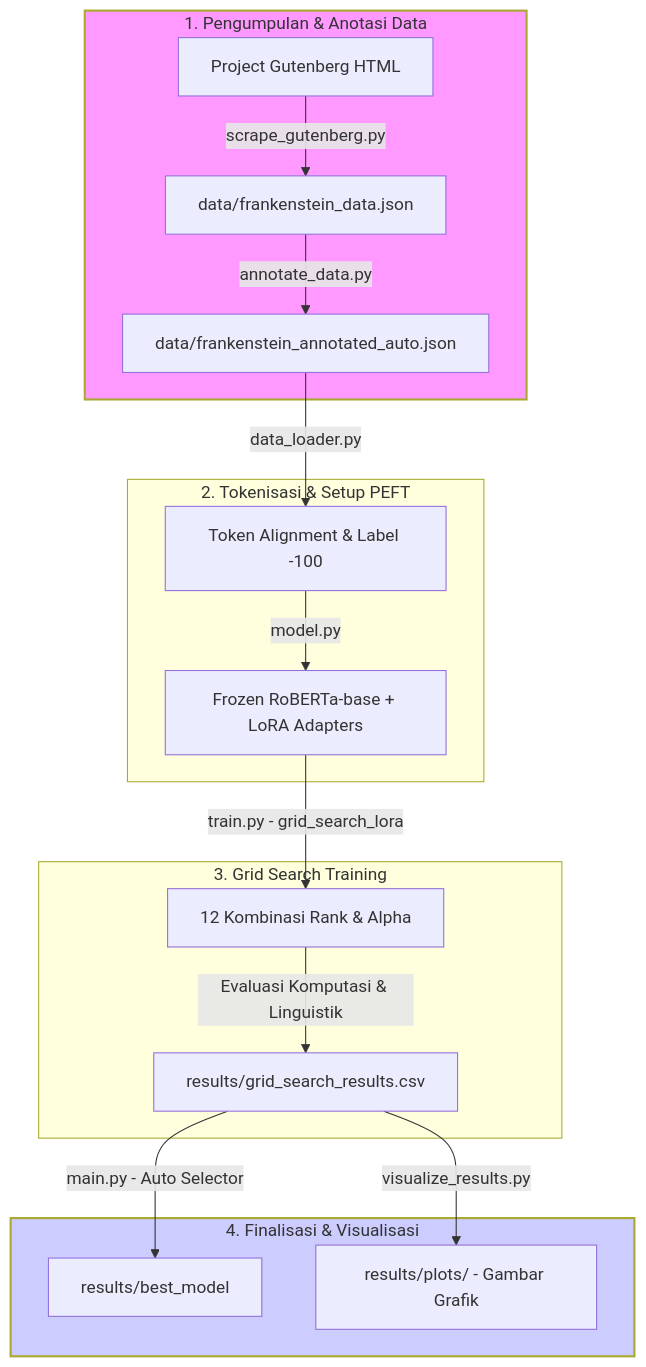
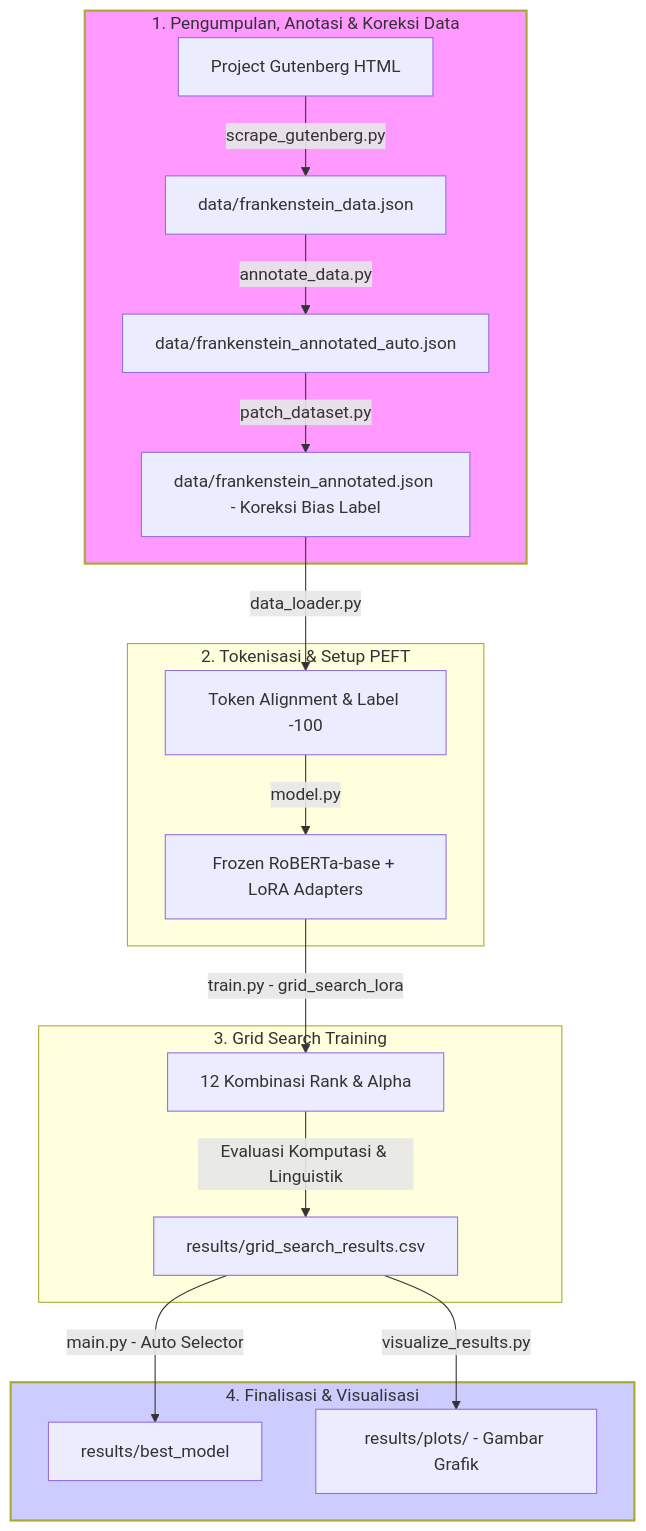
The diagram in README.md (difadlyaulhaq/lora-roberta-frankenstein-ner), drawn with Mermaid before and after one commit. The commit also changed other lines of this file and 55 other files, not shown here.

````diff
--- a/README.md
+++ b/README.md
@@ -45,29 +45,30 @@
 ```mermaid
 graph TD
     %% Tahap 1
-    subgraph Tahap_1 [1. Pengumpulan & Anotasi Data]
+    subgraph Tahap_1 [1. Pengumpulan, Anotasi & Koreksi Data]
         A[Project Gutenberg HTML] -->|scrape_gutenberg.py| B[data/frankenstein_data.json]
         B -->|annotate_data.py| C[data/frankenstein_annotated_auto.json]
+        C -->|patch_dataset.py| K[data/frankenstein_annotated.json - Koreksi Bias Label]
     end
 
     %% Tahap 2
     subgraph Tahap_2 [2. Tokenisasi & Setup PEFT]
-        C -->|data_loader.py| D[Token Alignment & Label -100]
+        K -->|data_loader.py| D[Token Alignment & Label -100]
         D -->|model.py| E[Frozen RoBERTa-base + LoRA Adapters]
     end
 
     %% Tahap 3
     subgraph Tahap_3 [3. Grid Search Training]
         E -->|train.py - grid_search_lora| F[12 Kombinasi Rank & Alpha]
         F -->|Evaluasi Komputasi & Linguistik| G[results/grid_search_results.csv]
     end
 
     %% Tahap 4
     subgraph Tahap_4 [4. Finalisasi & Visualisasi]
         G -->|main.py - Auto Selector| H[results/best_model]
         G -->|visualize_results.py| I[results/plots/ - Gambar Grafik]
     end
 
     style Tahap_1 fill:#f9f,stroke:#33,stroke-width:2px
     style Tahap_4 fill:#ccf,stroke:#33,stroke-width:2px
 ```
````
